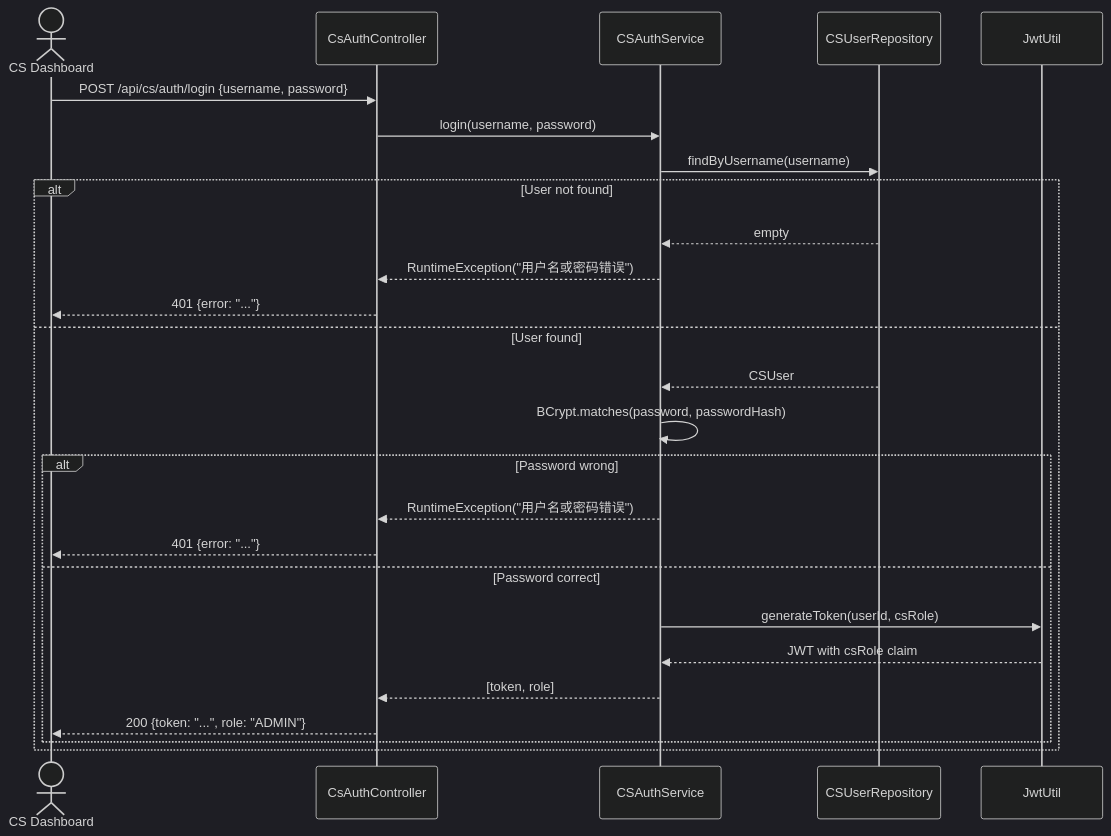
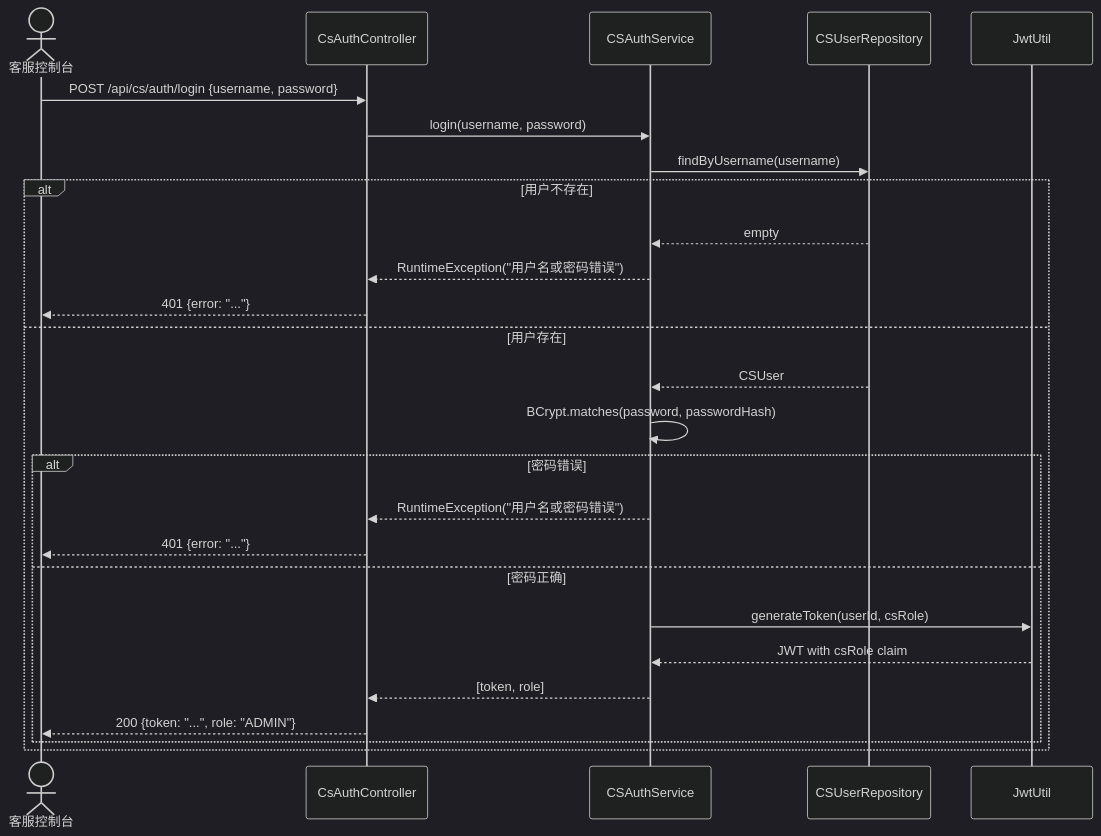
Before and after one commit to Jayden23018/blind-run-backend: the fifth of 10 diagrams in docs/DIAGRAMS.md, drawn with Mermaid (dark theme). The commit also changed other lines of this file and 122 other files, not shown here.

````diff
--- a/docs/DIAGRAMS.md
+++ b/docs/DIAGRAMS.md
@@ -290,31 +290,31 @@
 ```mermaid
 sequenceDiagram
-    actor CS as CS Dashboard
+    actor CS as 客服控制台
     participant Ctrl as CsAuthController
     participant Svc as CSAuthService
     participant Repo as CSUserRepository
     participant Jwt as JwtUtil
 
     CS->>Ctrl: POST /api/cs/auth/login {username, password}
     Ctrl->>Svc: login(username, password)
     Svc->>Repo: findByUsername(username)
 
-    alt User not found
+    alt 用户不存在
         Repo-->>Svc: empty
         Svc-->>Ctrl: RuntimeException("用户名或密码错误")
         Ctrl-->>CS: 401 {error: "..."}
-    else User found
+    else 用户存在
         Repo-->>Svc: CSUser
         Svc->>Svc: BCrypt.matches(password, passwordHash)
 
-        alt Password wrong
+        alt 密码错误
             Svc-->>Ctrl: RuntimeException("用户名或密码错误")
             Ctrl-->>CS: 401 {error: "..."}
-        else Password correct
+        else 密码正确
             Svc->>Jwt: generateToken(userId, csRole)
             Jwt-->>Svc: JWT with csRole claim
             Svc-->>Ctrl: [token, role]
             Ctrl-->>CS: 200 {token: "...", role: "ADMIN"}
         end
     end
 ```
````
